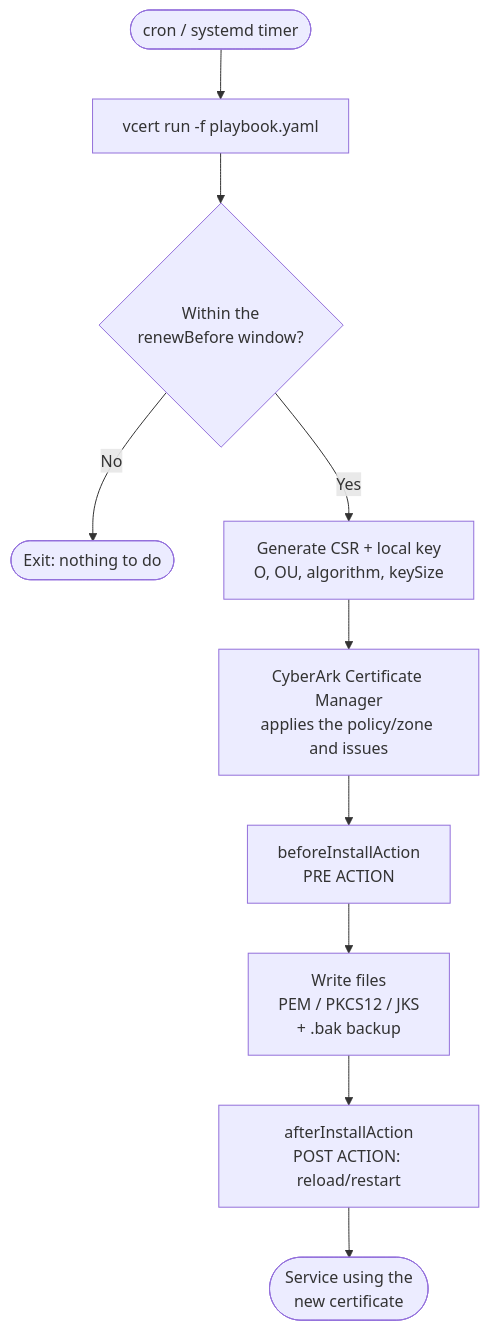
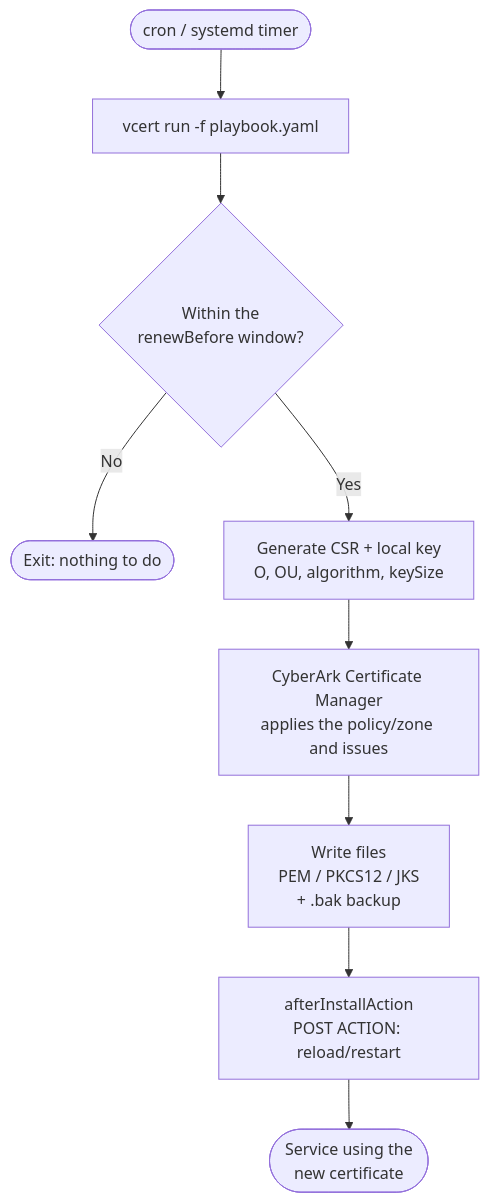
Before and after one commit to aslancarlos/vcert-examples: the diagram in README.md, drawn with Mermaid. The commit also changed other lines of this file and 10 other files, not shown here.

First line of the commit message:
Fix: remove unsupported beforeInstallAction; add vcert-run.sh wrapper

````diff
--- a/README.md
+++ b/README.md
@@ -41,12 +41,11 @@
 ```mermaid
 flowchart TD
     A([cron / systemd timer]) --> B[vcert run -f playbook.yaml]
     B --> C{Within the<br/>renewBefore window?}
     C -- No --> Z([Exit: nothing to do])
     C -- Yes --> D[Generate CSR + local key<br/>O, OU, algorithm, keySize]
     D --> E[CyberArk Certificate Manager<br/>applies the policy/zone and issues]
-    E --> F[beforeInstallAction<br/>PRE ACTION]
-    F --> G[Write files<br/>PEM / PKCS12 / JKS<br/>+ .bak backup]
+    E --> G[Write files<br/>PEM / PKCS12 / JKS<br/>+ .bak backup]
     G --> H[afterInstallAction<br/>POST ACTION: reload/restart]
     H --> I([Service using the<br/>new certificate])
 ```
````
